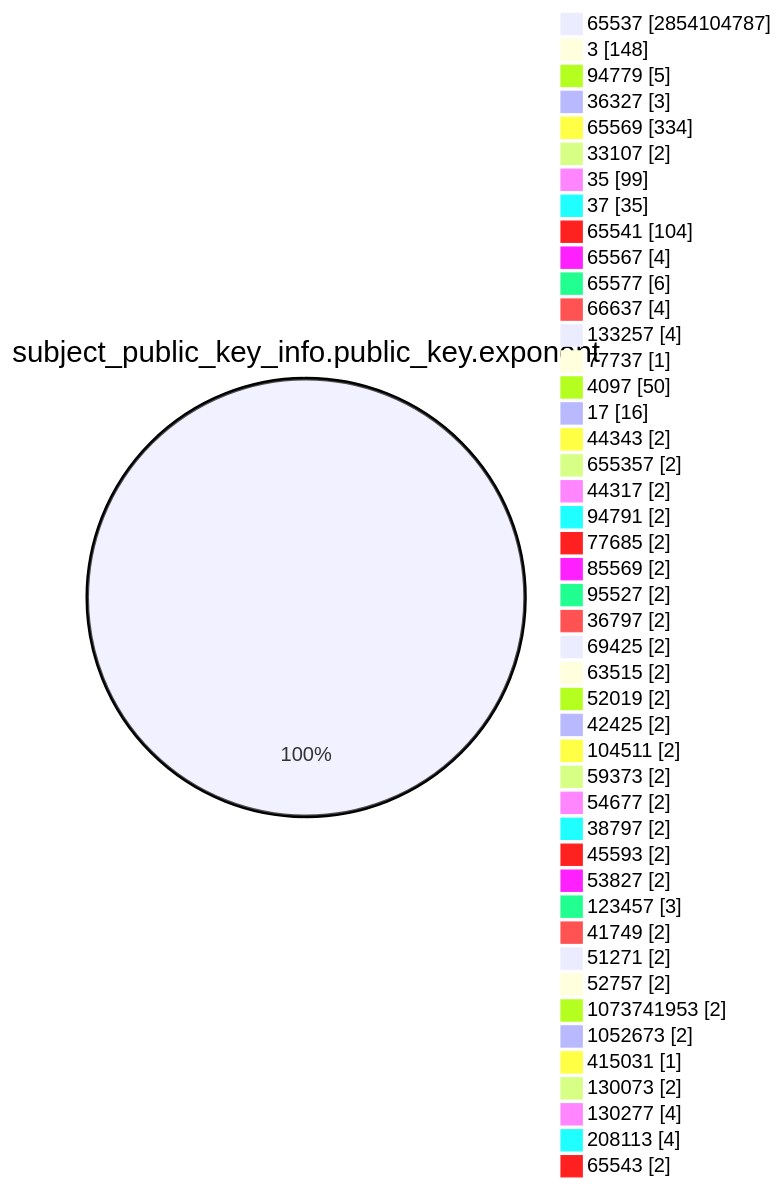
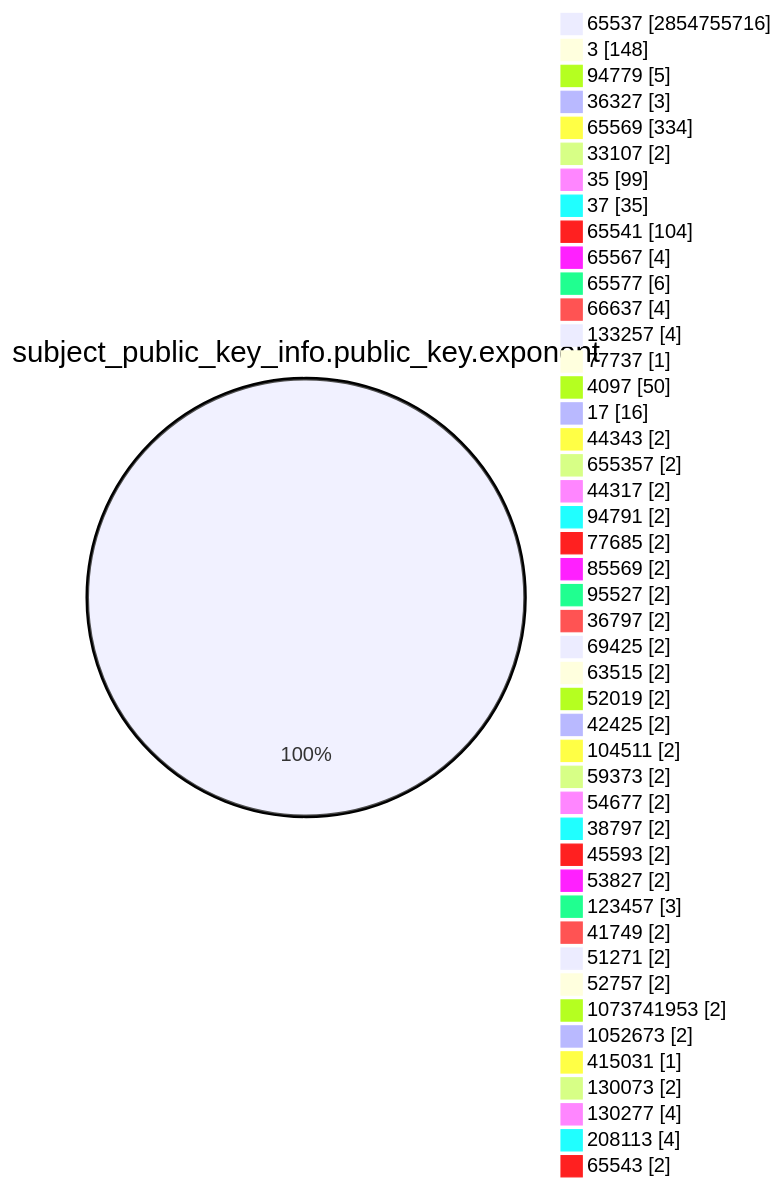
The fourth of 15 diagrams in TOTAL/README.md (christiankrug/ctmonitor_visualization), drawn with Mermaid before and after one commit. The commit also changed other lines of this file, not shown here.

````diff
--- a/TOTAL/README.md
+++ b/TOTAL/README.md
@@ -1468,49 +1468,49 @@
 ```mermaid
 pie showData
 title subject_public_key_info.public_key.exponent
-"65537" :2854104787
+"65537" :2854755716
 "3" :148
 "94779" :5
 "36327" :3
 "65569" :334
 "33107" :2
 "35" :99
 "37" :35
 "65541" :104
 "65567" :4
 "65577" :6
 "66637" :4
 "133257" :4
 "77737" :1
 "4097" :50
 "17" :16
 "44343" :2
 "655357" :2
 "44317" :2
 "94791" :2
 "77685" :2
 "85569" :2
 "95527" :2
 "36797" :2
 "69425" :2
 "63515" :2
 "52019" :2
 "42425" :2
 "104511" :2
 "59373" :2
 "54677" :2
 "38797" :2
 "45593" :2
 "53827" :2
 "123457" :3
 "41749" :2
 "51271" :2
 "52757" :2
 "1073741953" :2
 "1052673" :2
 "415031" :1
 "130073" :2
 "130277" :4
 "208113" :4
 "65543" :2
 ```
````
